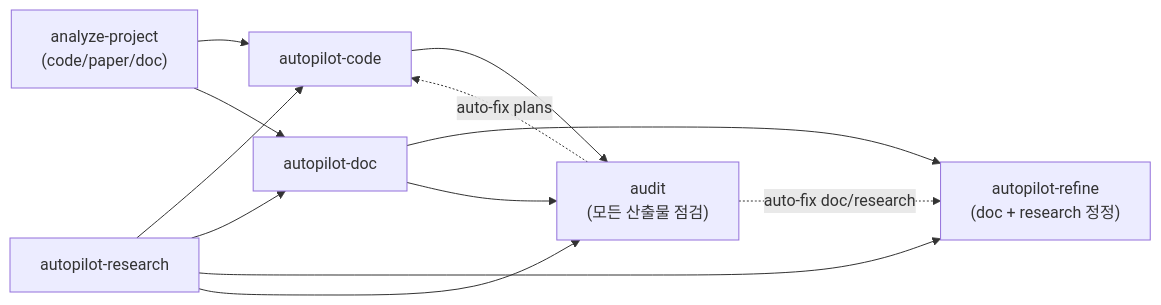
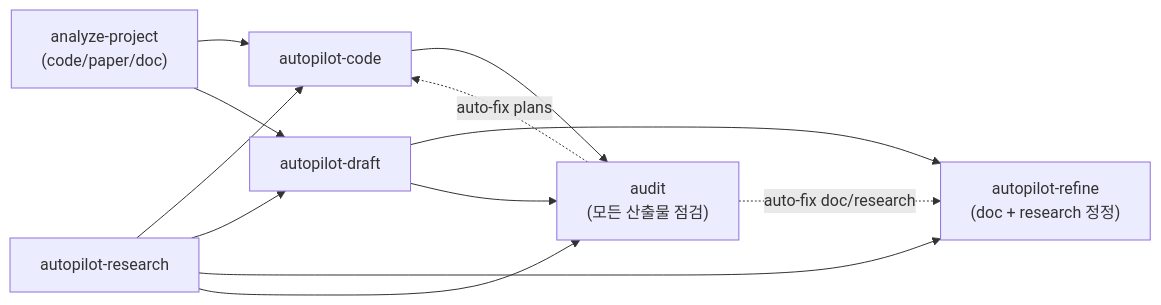
The first of 3 diagrams in README.md (dmlguq456/agent_setting), drawn with Mermaid before and after one commit. The commit also changed other lines of this file and 32 other files, not shown here.

````diff
--- a/README.md
+++ b/README.md
@@ -12,20 +12,20 @@
 ```mermaid
 flowchart LR
     ANA["analyze-project<br/>(code/paper/doc)"]
     RES["autopilot-research"]
     CODE["autopilot-code"]
-    DOC["autopilot-doc"]
+    DOC["autopilot-draft"]
     REF["autopilot-refine<br/>(doc + research 정정)"]
     AUD["audit<br/>(모든 산출물 점검)"]
     ANA --> CODE
     ANA --> DOC
     RES --> CODE
     RES --> DOC
     RES --> REF
     DOC --> REF
     RES --> AUD
     DOC --> AUD
     CODE --> AUD
     AUD -.->|auto-fix doc/research| REF
     AUD -.->|auto-fix plans| CODE
 ```
````
